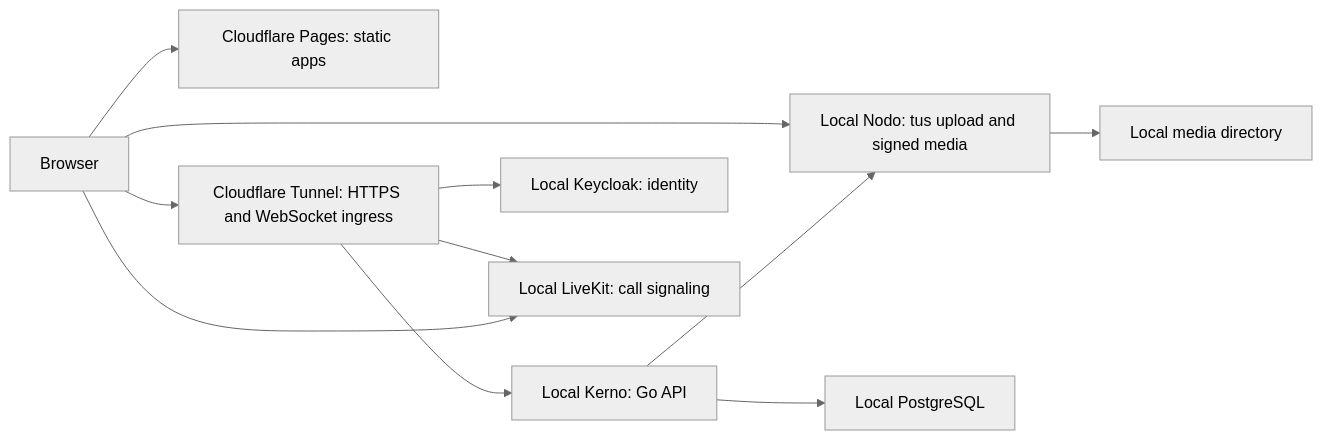
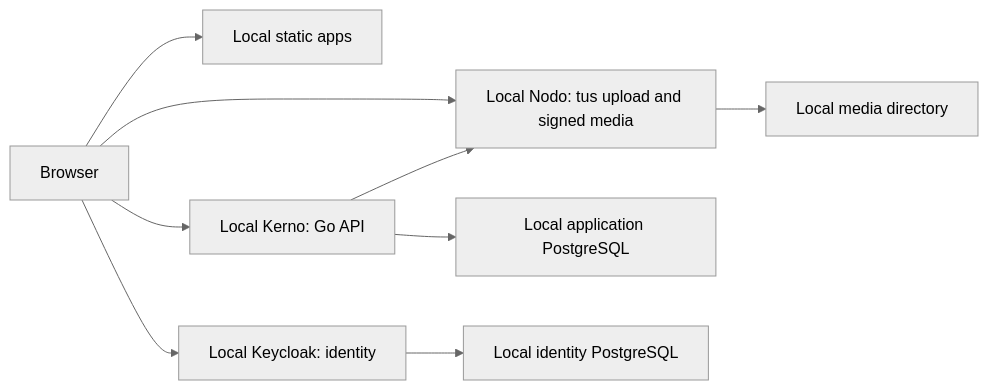
Before and after one commit to druckheil/Kaordo: the diagram in docs/architecture.md, drawn with Mermaid (neutral theme). The commit also changed other lines of this file and 11 other files, not shown here.

````diff
--- a/docs/architecture.md
+++ b/docs/architecture.md
@@ -5,13 +5,11 @@
 ```mermaid
 flowchart LR
-  Browser --> Pages[Cloudflare Pages: static apps]
-  Browser --> Tunnel[Cloudflare Tunnel: HTTPS and WebSocket ingress]
-  Tunnel --> Kerno[Local Kerno: Go API]
-  Tunnel --> Keycloak[Local Keycloak: identity]
-  Tunnel --> LiveKit[Local LiveKit: call signaling]
+  Browser --> Site[Local static apps]
+  Browser --> Kerno[Local Kerno: Go API]
+  Browser --> Keycloak[Local Keycloak: identity]
   Browser --> Nodo[Local Nodo: tus upload and signed media]
-  Browser --> LiveKit
-  Kerno --> Postgres[Local PostgreSQL]
+  Kerno --> AppDB[Local application PostgreSQL]
+  Keycloak --> IdentityDB[Local identity PostgreSQL]
   Kerno --> Nodo
   Nodo --> Disks[Local media directory]
 ```
````
